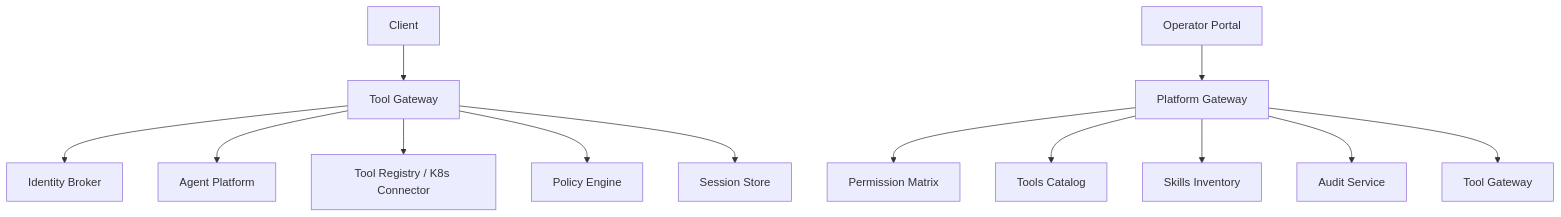
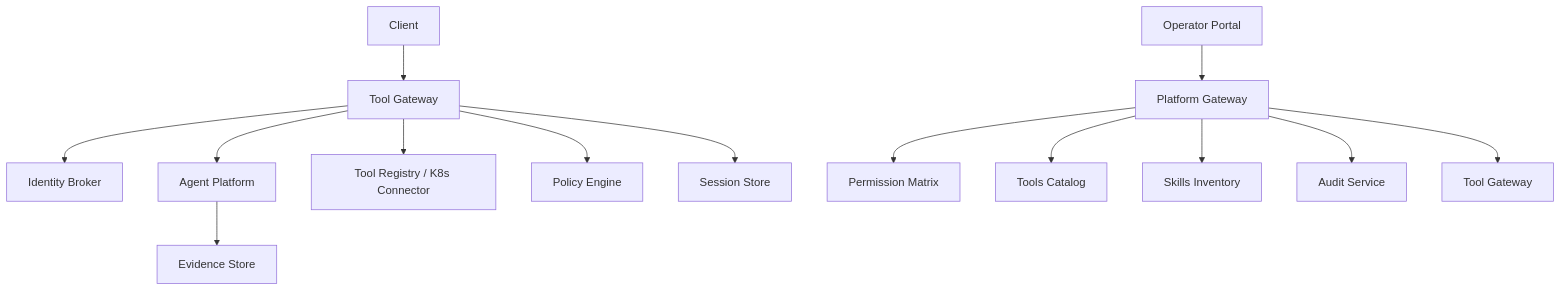
Before and after one commit to metasync/luban-aiops: the first of 3 diagrams in .qoder/repowiki/en/content/API Reference/API Reference.md, drawn with Mermaid. The commit also changed other lines of this file and 8 other files, not shown here.

````diff
--- a/.qoder/repowiki/en/content/API Reference/API Reference.md
+++ b/.qoder/repowiki/en/content/API Reference/API Reference.md
@@ -100,15 +103,16 @@
 ```mermaid
 graph TB
 Client["Client"] --> Gateway["Tool Gateway"]
 Gateway --> Auth["Identity Broker"]
 Gateway --> Agent["Agent Platform"]
 Gateway --> Tools["Tool Registry / K8s Connector"]
 Gateway --> Policy["Policy Engine"]
 Gateway --> Store["Session Store"]
 Portal["Operator Portal"] --> PlatformGW["Platform Gateway"]
 PlatformGW --> PolicyMatrix["Permission Matrix"]
 PlatformGW --> ToolsCatalog["Tools Catalog"]
 PlatformGW --> SkillsInventory["Skills Inventory"]
 PlatformGW --> AuditService["Audit Service"]
 PlatformGW --> ToolGateway["Tool Gateway"]
+Agent --> EvidenceStore["Evidence Store"]
 ```
````
